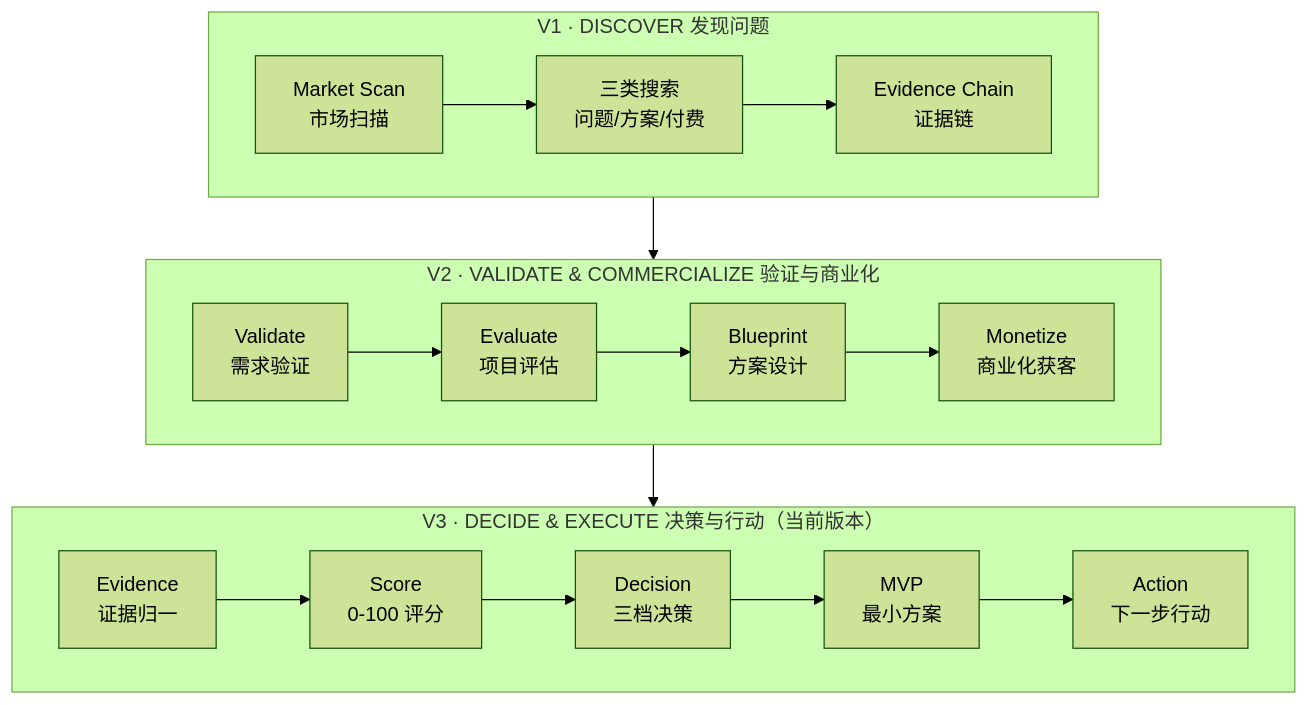
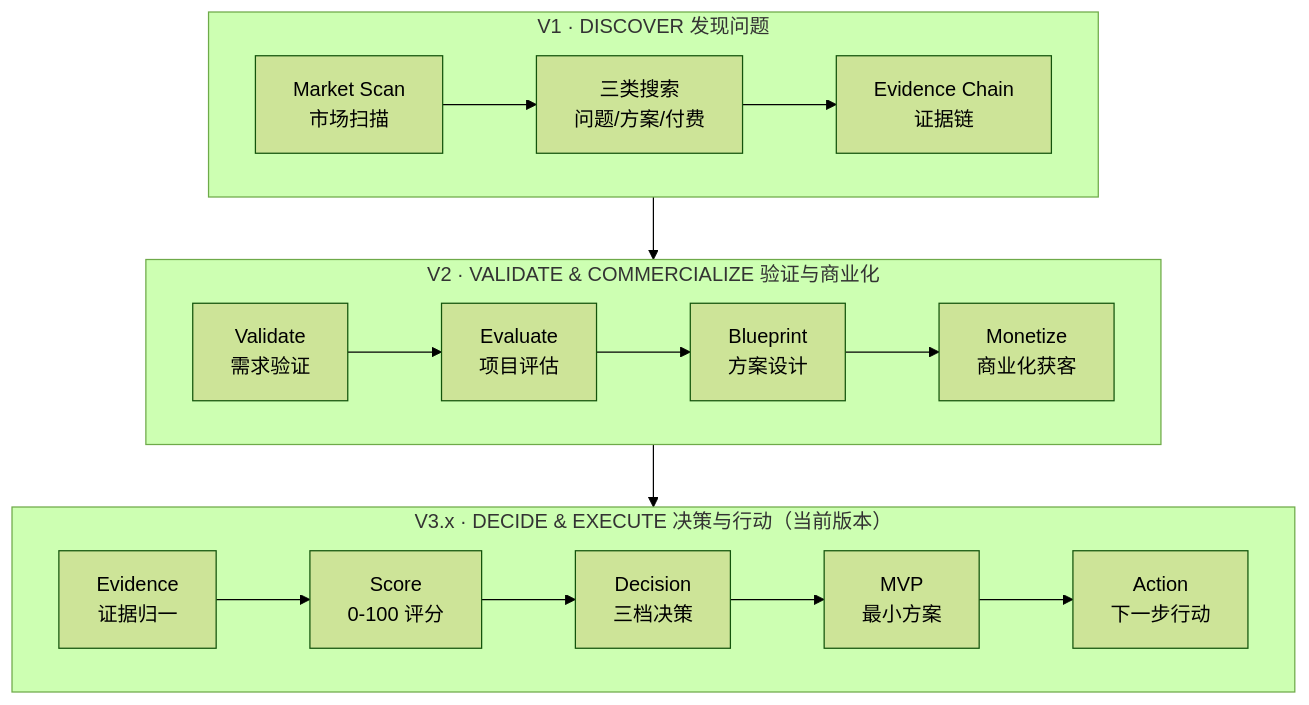
The first of 3 diagrams in README.md (kio831/market-scout), drawn with Mermaid (forest theme) before and after one commit. The commit also changed other lines of this file and 20 other files, not shown here.

````diff
--- a/README.md
+++ b/README.md
@@ -54,16 +54,16 @@
 ```mermaid
 flowchart TB
     subgraph V1["V1 · DISCOVER 发现问题"]
         direction LR
         A1["Market Scan<br/>市场扫描"] --> A2["三类搜索<br/>问题/方案/付费"] --> A3["Evidence Chain<br/>证据链"]
     end
     subgraph V2["V2 · VALIDATE & COMMERCIALIZE 验证与商业化"]
         direction LR
         B1["Validate<br/>需求验证"] --> B2["Evaluate<br/>项目评估"] --> B3["Blueprint<br/>方案设计"] --> B4["Monetize<br/>商业化获客"]
     end
-    subgraph V3["V3 · DECIDE & EXECUTE 决策与行动（当前版本）"]
+    subgraph V3["V3.x · DECIDE & EXECUTE 决策与行动（当前版本）"]
         direction LR
         C1["Evidence<br/>证据归一"] --> C2["Score<br/>0-100 评分"] --> C3["Decision<br/>三档决策"] --> C4["MVP<br/>最小方案"] --> C5["Action<br/>下一步行动"]
     end
     V1 --> V2 --> V3
 ```
````
